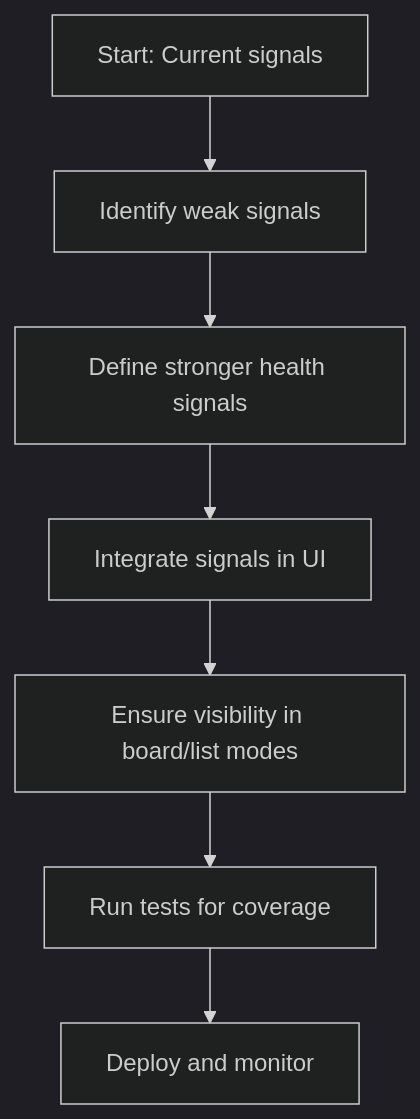
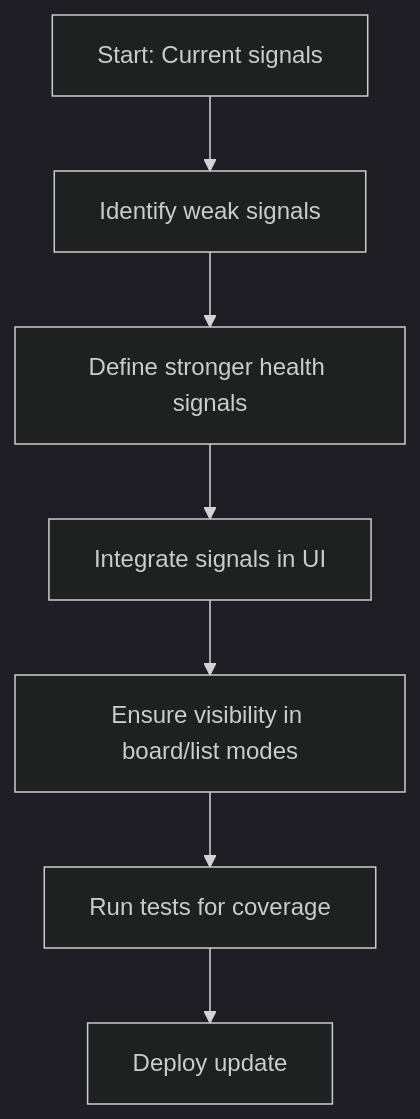
Before and after one commit to AlexAgo83/logics-manager: the diagram in logics/request/req_044_add_stronger_item_health_signals_to_the_plugin.md, drawn with Mermaid (dark theme). The commit also changed 50 other files, not shown here.

````diff
--- a/logics/request/req_044_add_stronger_item_health_signals_to_the_plugin.md
+++ b/logics/request/req_044_add_stronger_item_health_signals_to_the_plugin.md
@@ -10,11 +10,11 @@
 ```mermaid
 %% logics-kind: request
 %% logics-signature: request|add-stronger-item-health-signals-to-the-|make-problematic-or-fragile-items-visual|ac1-the-plugin-surfaces-a-clear
 flowchart TD
   A[Start: Current signals] --> B[Identify weak signals]
   B --> C[Define stronger health signals]
   C --> D[Integrate signals in UI]
   D --> E[Ensure visibility in board/list modes]
   E --> F[Run tests for coverage]
-  F --> G[Deploy and monitor]
+  F --> G[Deploy update]
 ```
````
